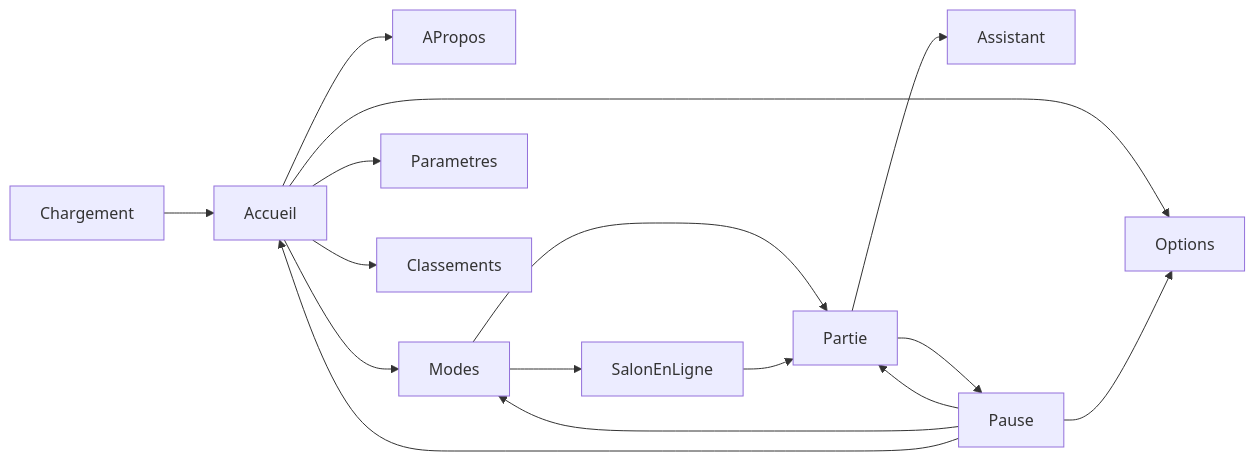
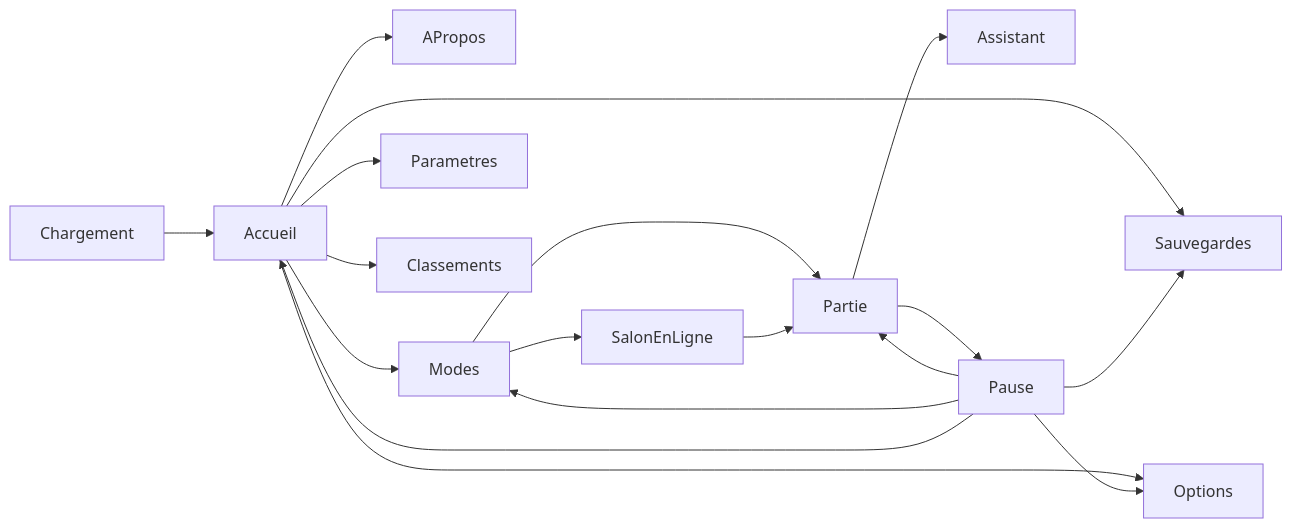
The diagram in docs/maquette-ui.md (naanouff/w3dts-chessmaster), drawn with Mermaid before and after one commit. The commit also changed other lines of this file and 22 other files, not shown here.

````diff
--- a/docs/maquette-ui.md
+++ b/docs/maquette-ui.md
@@ -15,29 +15,32 @@
 ```mermaid
 flowchart LR
   chargement[Chargement]
   accueil[Accueil]
   propos[APropos]
+  sauvegardes[Sauvegardes]
   modes[Modes]
   salon[SalonEnLigne]
   partie[Partie]
   assistant[Assistant]
   pause[Pause]
   options[Options]
   parametres[Parametres]
   classements[Classements]
   chargement --> accueil
   accueil --> modes
   accueil --> propos
+  accueil --> sauvegardes
   accueil --> classements
   accueil --> options
   accueil --> parametres
   modes --> partie
   modes --> salon
   salon --> partie
   partie --> assistant
   partie --> pause
   pause --> partie
+  pause --> sauvegardes
   pause --> modes
   pause --> options
   pause --> accueil
 ```
````
